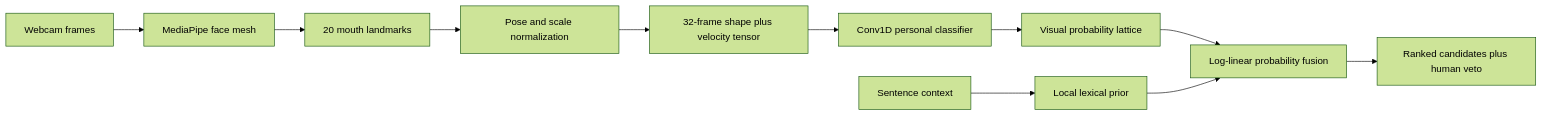
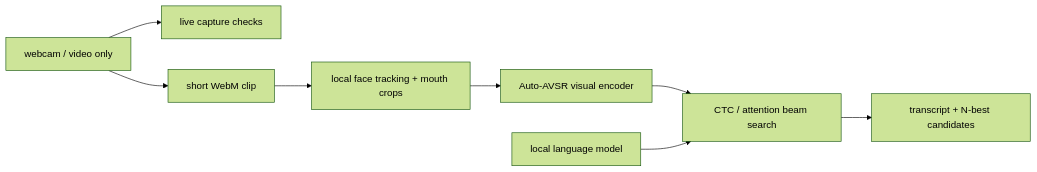
The diagram in README.md (madebylukas/unsaid), drawn with Mermaid (forest theme) before and after one commit. The commit also changed other lines of this file and 25 other files, not shown here.

Commit message:
rebuild as unsaid with local visual speech

````diff
--- a/README.md
+++ b/README.md
@@ -53,13 +54,10 @@
 ```mermaid
 flowchart LR
-    A["Webcam frames"] --> B["MediaPipe face mesh"]
-    B --> C["20 mouth landmarks"]
-    C --> D["Pose and scale normalization"]
-    D --> E["32-frame shape plus velocity tensor"]
-    E --> F["Conv1D personal classifier"]
-    F --> G["Visual probability lattice"]
-    H["Sentence context"] --> I["Local lexical prior"]
-    G --> J["Log-linear probability fusion"]
-    I --> J
-    J --> K["Ranked candidates plus human veto"]
+    A["webcam / video only"] --> B["live capture checks"]
+    A --> C["short WebM clip"]
+    C --> D["local face tracking + mouth crops"]
+    D --> E["Auto-AVSR visual encoder"]
+    E --> F["CTC / attention beam search"]
+    G["local language model"] --> F
+    F --> H["transcript + N-best candidates"]
 ```
````
